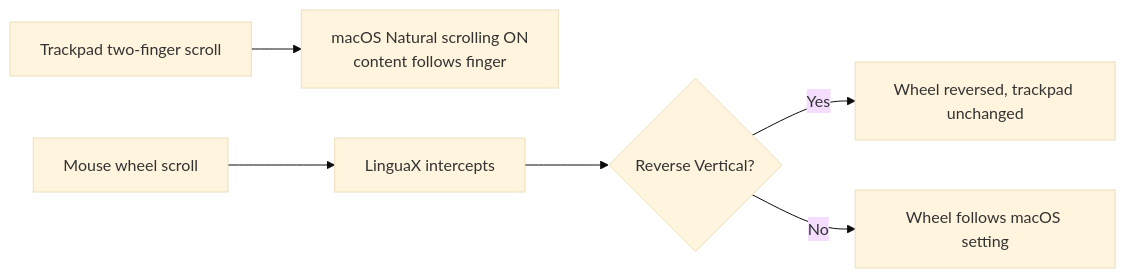
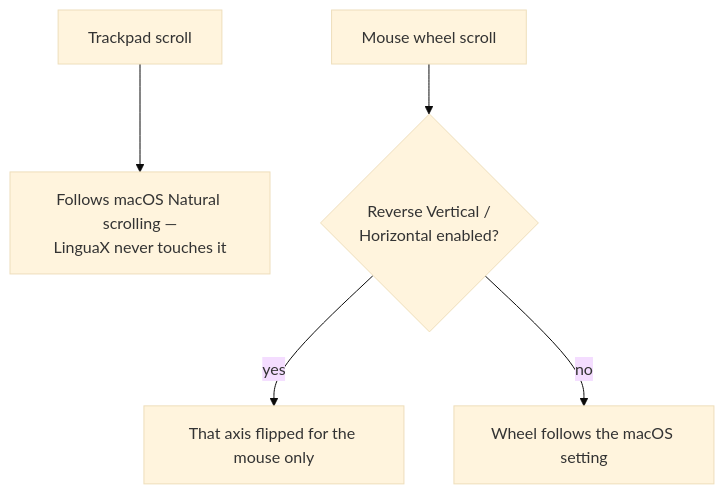
Before and after one commit to xiaopozhu/linguax-web: the diagram in docs/mouse-plus/recipes/reverse-scroll-direction-mouse-only-mac.md, drawn with Mermaid (base theme). The commit also changed 18 other files, not shown here.

First line of the commit message:
docs(polish): fix cramped LR diagrams, redesign model SVGs, full recognition table, navbar links

````diff
--- a/docs/mouse-plus/recipes/reverse-scroll-direction-mouse-only-mac.md
+++ b/docs/mouse-plus/recipes/reverse-scroll-direction-mouse-only-mac.md
@@ -38,8 +38,7 @@
 ```mermaid
-flowchart LR
-    TP[Trackpad two-finger scroll] --> MS[macOS Natural scrolling ON<br/>content follows finger]
-    W[Mouse wheel scroll] --> LX[LinguaX intercepts]
-    LX --> RV{Reverse Vertical?}
-    RV -- Yes --> OUT[Wheel reversed, trackpad unchanged]
-    RV -- No --> MS2[Wheel follows macOS setting]
+flowchart TD
+    TP[Trackpad scroll] --> MS[Follows macOS Natural scrolling —<br/>LinguaX never touches it]
+    W[Mouse wheel scroll] --> RV{Reverse Vertical /<br/>Horizontal enabled?}
+    RV -- yes --> OUT[That axis flipped for the mouse only]
+    RV -- no --> MS2[Wheel follows the macOS setting]
 ```
````
